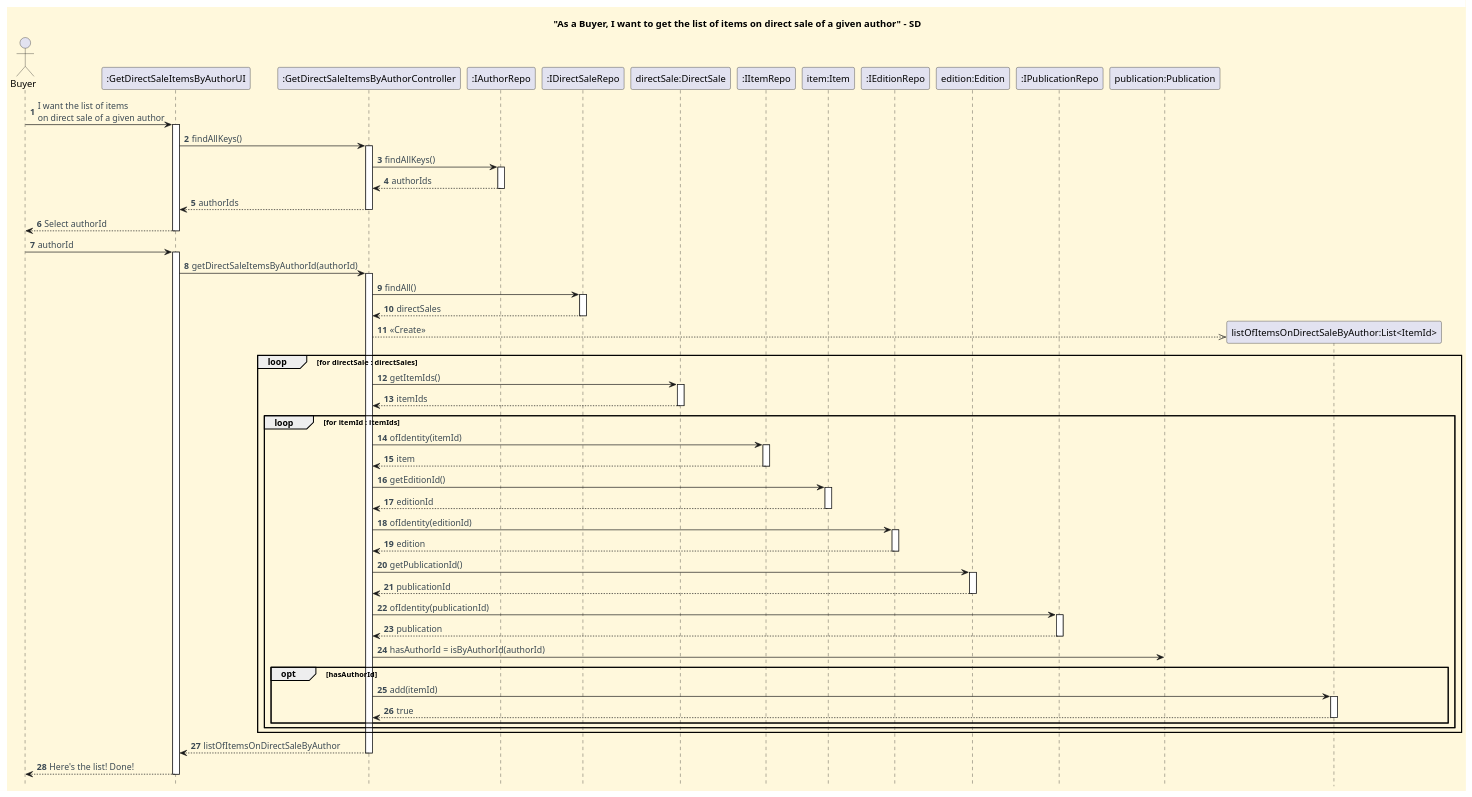
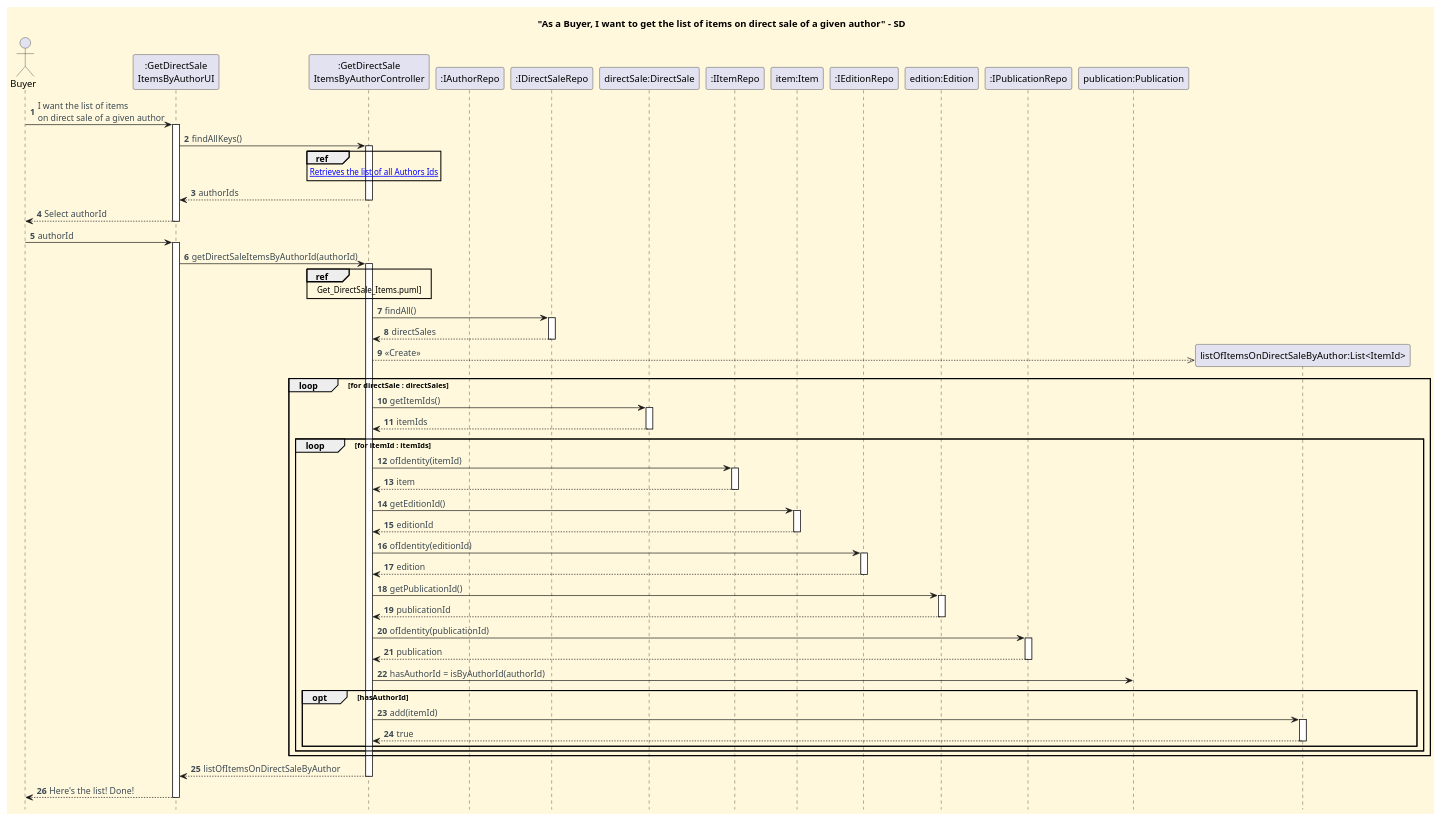
One commit to CarolinaLeite-collab/JavaMarketplacePlatform changed the diagram in docs/functionalities/buyer/get-list-of-items-on-direct-sale-of-given-author/Get_List_Of_Items_On_Direct_Sale_Of_Given_Author_SD_3.puml. Above: the diagram before and after it, drawn with PlantUML. The commit also changed 2 other files, not shown here.

Commit message:
docs: update SD3 and add reference sequence diagrams for author direct sale items #689

```diff
--- a/docs/functionalities/buyer/get-list-of-items-on-direct-sale-of-given-author/Get_List_Of_Items_On_Direct_Sale_Of_Given_Author_SD_3.puml
+++ b/docs/functionalities/buyer/get-list-of-items-on-direct-sale-of-given-author/Get_List_Of_Items_On_Direct_Sale_Of_Given_Author_SD_3.puml
@@ -1,107 +1,112 @@
 @startuml
 title "As a Buyer, I want to get the list of items on direct sale of a given author" - SD
 hidefootbox
 
 skinparam shadowing false
 skinparam defaultFontName Futura
 skinparam objectFontSize 20
 skinparam backgroundColor CornSilk
 skinparam objectBackgroundColor WhiteSmoke
 skinparam ArrowFontColor #3B4953
 
 autonumber
 autoactivate off
 
 actor Buyer
-participant ":GetDirectSaleItemsByAuthorUI" as UI
-participant ":GetDirectSaleItemsByAuthorController" as CTL
+participant ":GetDirectSale\nItemsByAuthorUI" as UI
+participant ":GetDirectSale\nItemsByAuthorController" as CTL
 participant ":IAuthorRepo" as AR
 participant ":IDirectSaleRepo" as DSR
 participant "directSale:DirectSale" as DirectSale
 participant ":IItemRepo" as IR
 participant "item:Item" as Item
 participant ":IEditionRepo" as ER
 participant "edition:Edition" as Edition
 participant ":IPublicationRepo" as PR
 participant "publication:Publication" as Publication
 
-
+'==== UI interaction ====
 Buyer -> UI: I want the list of items \non direct sale of a given author
 activate UI
+
+'==== Use case execution ====
 UI -> CTL : findAllKeys()
 activate CTL
-CTL -> AR : findAllKeys()
-activate AR
+ref over CTL
+[[sd-ref-diagrams/Get_Authors_Ids.puml Retrieves the list of all Authors Ids]]
+end ref
 
-AR --> CTL : authorIds
-deactivate AR
+
 
 CTL --> UI : authorIds
 deactivate CTL
 UI --> Buyer: Select authorId
 deactivate UI
 Buyer -> UI: authorId
 activate UI
 
 
 UI -> CTL: getDirectSaleItemsByAuthorId(authorId)
 activate CTL
+ref over CTL
+Get_DirectSale_Items.puml]
+end ref
 
 CTL -> DSR: findAll()
 activate DSR
 
 DSR --> CTL: directSales
 deactivate DSR
 
 create "listOfItemsOnDirectSaleByAuthor:List<ItemId>"
 CTL -->> "listOfItemsOnDirectSaleByAuthor:List<ItemId>" : <<Create>>
 
 loop for directSale : directSales
 CTL -> DirectSale : getItemIds()
 activate DirectSale
 DirectSale --> CTL : itemIds
 deactivate DirectSale
 
 loop for itemId : itemIds
 CTL -> IR : ofIdentity(itemId)
 activate IR
 IR --> CTL : item
 deactivate IR
 CTL -> Item : getEditionId()
 activate Item
 Item --> CTL : editionId
 deactivate Item
 
 CTL -> ER : ofIdentity(editionId)
 activate ER
 ER --> CTL : edition
 deactivate ER
 CTL -> Edition : getPublicationId()
 activate Edition
 Edition --> CTL : publicationId
 deactivate Edition
 
 CTL -> PR : ofIdentity(publicationId)
 activate PR
 PR --> CTL : publication
 deactivate PR
 
 CTL -> Publication : hasAuthorId = isByAuthorId(authorId)
 
 opt hasAuthorId
 CTL -> "listOfItemsOnDirectSaleByAuthor:List<ItemId>" : add(itemId)
 activate "listOfItemsOnDirectSaleByAuthor:List<ItemId>"
 "listOfItemsOnDirectSaleByAuthor:List<ItemId>" --> CTL : true
 deactivate "listOfItemsOnDirectSaleByAuthor:List<ItemId>"
 end
 end
 end
 
 
 CTL --> UI: listOfItemsOnDirectSaleByAuthor
 deactivate CTL
 
 UI --> Buyer: Here's the list! Done!
 deactivate UI
 
 @enduml
```
